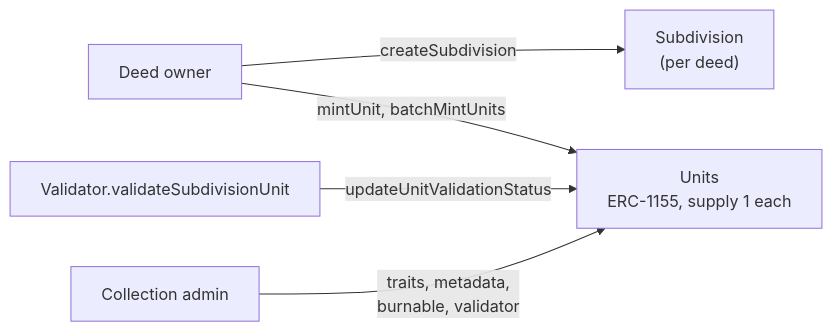
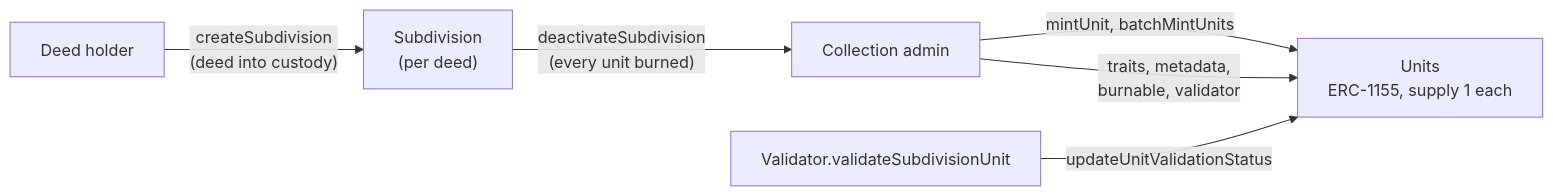
Before and after one commit to Deed3Labs/Protocol-Contracts: the diagram in docs/protocol/deed-track/subdivision.md, drawn with Mermaid. The commit also changed other lines of this file and 51 other files, not shown here.

````diff
--- a/docs/protocol/deed-track/subdivision.md
+++ b/docs/protocol/deed-track/subdivision.md
@@ -10,7 +10,8 @@
 ```mermaid
 flowchart LR
-  O["Deed owner"] -->|"createSubdivision"| S["Subdivision<br/>(per deed)"]
-  O -->|"mintUnit, batchMintUnits"| U["Units<br/>ERC-1155, supply 1 each"]
+  O["Deed holder"] -->|"createSubdivision<br/>(deed into custody)"| S["Subdivision<br/>(per deed)"]
+  A["Collection admin"] -->|"mintUnit, batchMintUnits"| U["Units<br/>ERC-1155, supply 1 each"]
   V["Validator.validateSubdivisionUnit"] -->|"updateUnitValidationStatus"| U
-  A["Collection admin"] -->|"traits, metadata,<br/>burnable, validator"| U
+  A -->|"traits, metadata,<br/>burnable, validator"| U
+  S -->|"deactivateSubdivision<br/>(every unit burned)"| A
 ```
````
